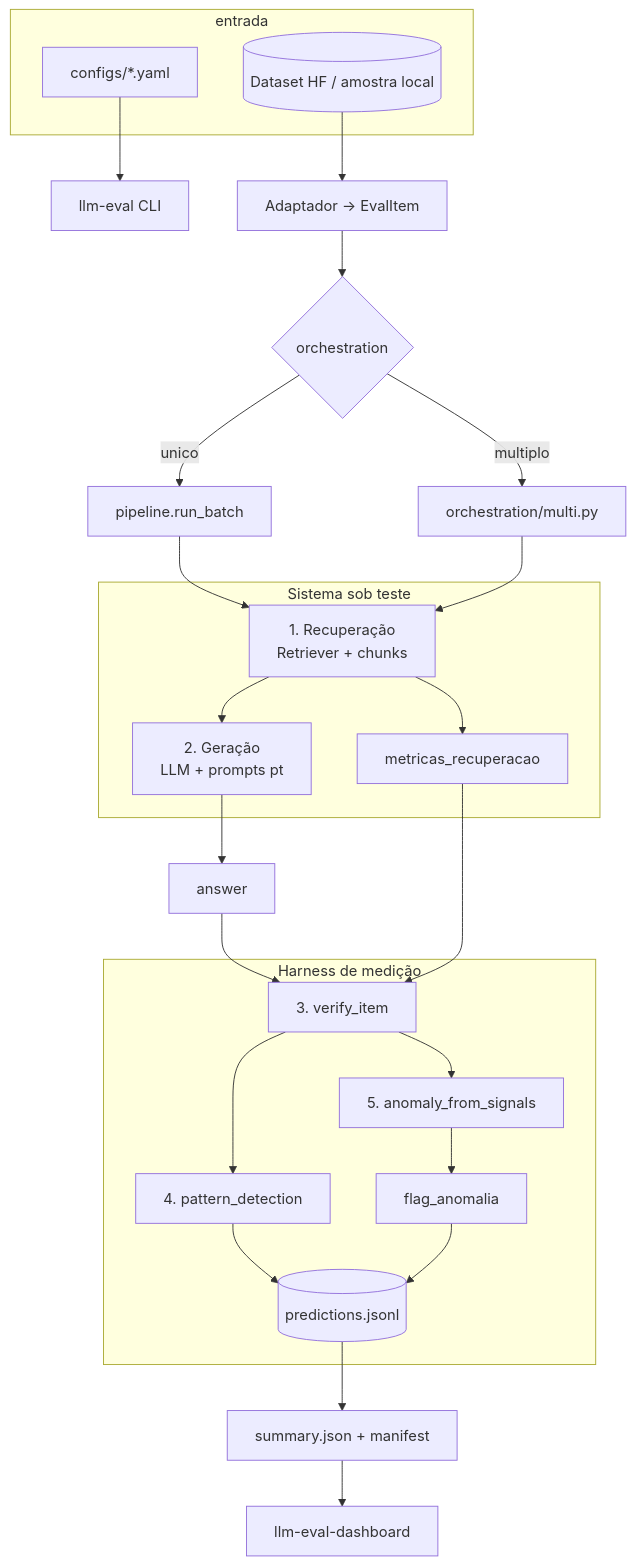
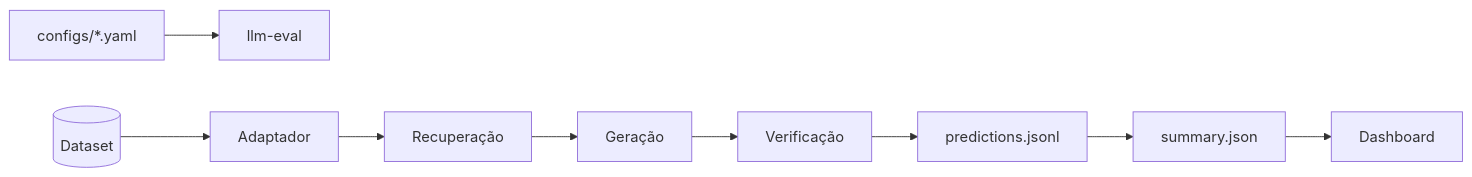
One commit to karysoares/rag-eval-harness changed the diagram in README.md. Above: the diagram before and after it, drawn with Mermaid. The commit also changed other lines of this file and 5 other files, not shown here.

````diff
--- a/README.md
+++ b/README.md
@@ -119,45 +86,11 @@
 ```mermaid
-flowchart TB
-  subgraph entrada
-    YAML[configs/*.yaml]
-    DS[(Dataset HF / amostra local)]
-  end
-
-  YAML --> CLI[llm-eval CLI]
-  DS --> ADP[Adaptador → EvalItem]
-  ADP --> ORCH{orchestration}
-
-  ORCH -->|unico| BATCH[pipeline.run_batch]
-  ORCH -->|multiplo| MULTI[orchestration/multi.py]
-
-  subgraph sistema["Sistema sob teste"]
-    R[1. Recuperação<br/>Retriever + chunks]
-    RM[metricas_recuperacao]
-    G[2. Geração<br/>LLM + prompts pt]
-    R --> RM
-    R --> G
-  end
-
-  BATCH --> R
-  MULTI --> R
-
-  G --> A[answer]
-
-  subgraph harness["Harness de medição"]
-    V[3. verify_item]
-    PAT[4. pattern_detection]
-    AGG[5. anomaly_from_signals]
-    V --> PAT
-    V --> AGG
-    PAT --> OUT
-    AGG --> FLAG[flag_anomalia]
-  end
-
-  A --> V
-  RM --> V
-
-  OUT[(predictions.jsonl)]
-  FLAG --> OUT
-  OUT --> SUM[summary.json + manifest]
-  SUM --> DASH[llm-eval-dashboard]
+flowchart LR
+  YAML[configs/*.yaml] --> CLI[llm-eval]
+  DS[(Dataset)] --> ADP[Adaptador]
+  ADP --> R[Recuperação]
+  R --> G[Geração]
+  G --> V[Verificação]
+  V --> OUT[predictions.jsonl]
+  OUT --> SUM[summary.json]
+  SUM --> DASH[Dashboard]
 ```
````
